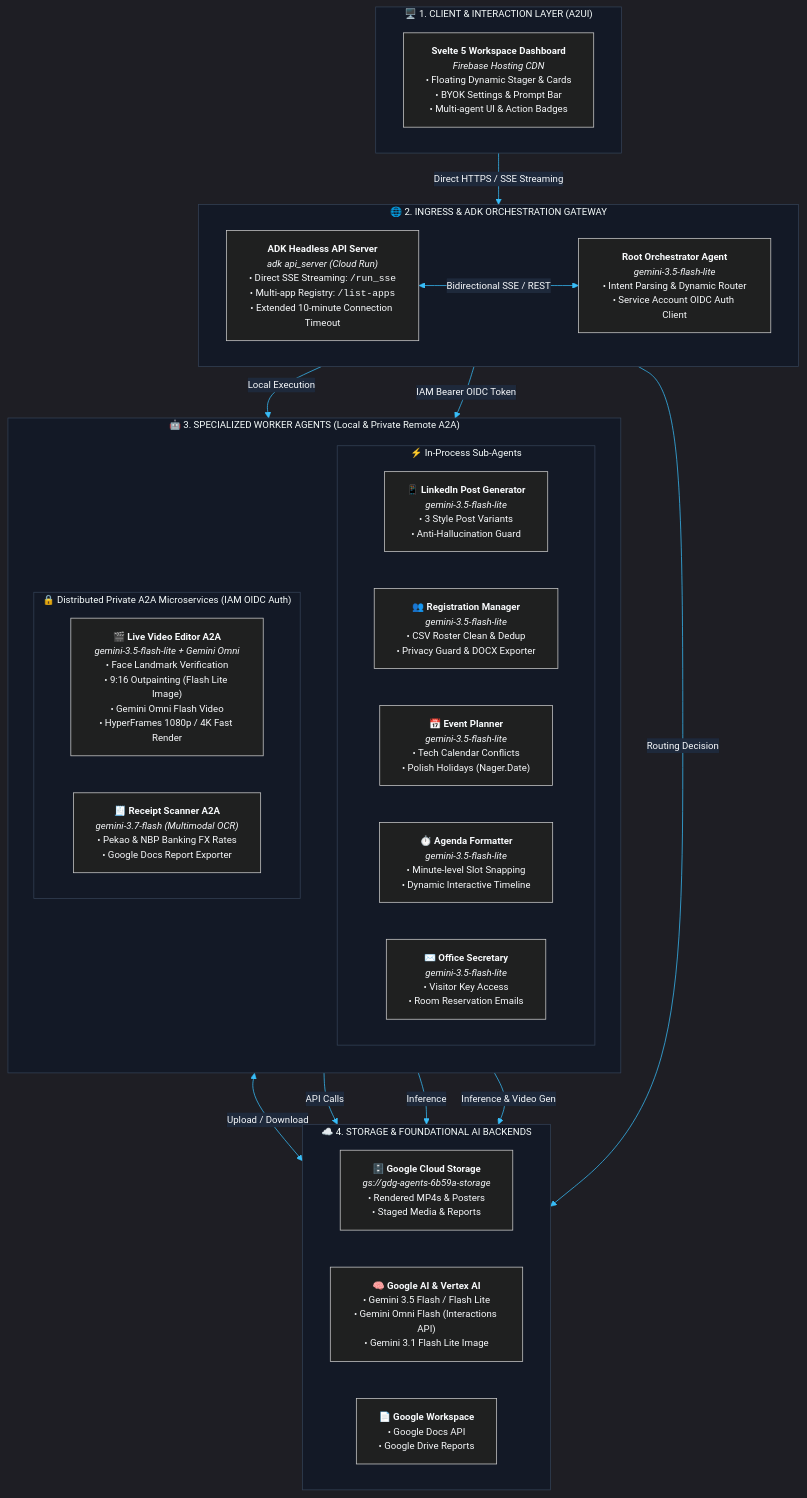
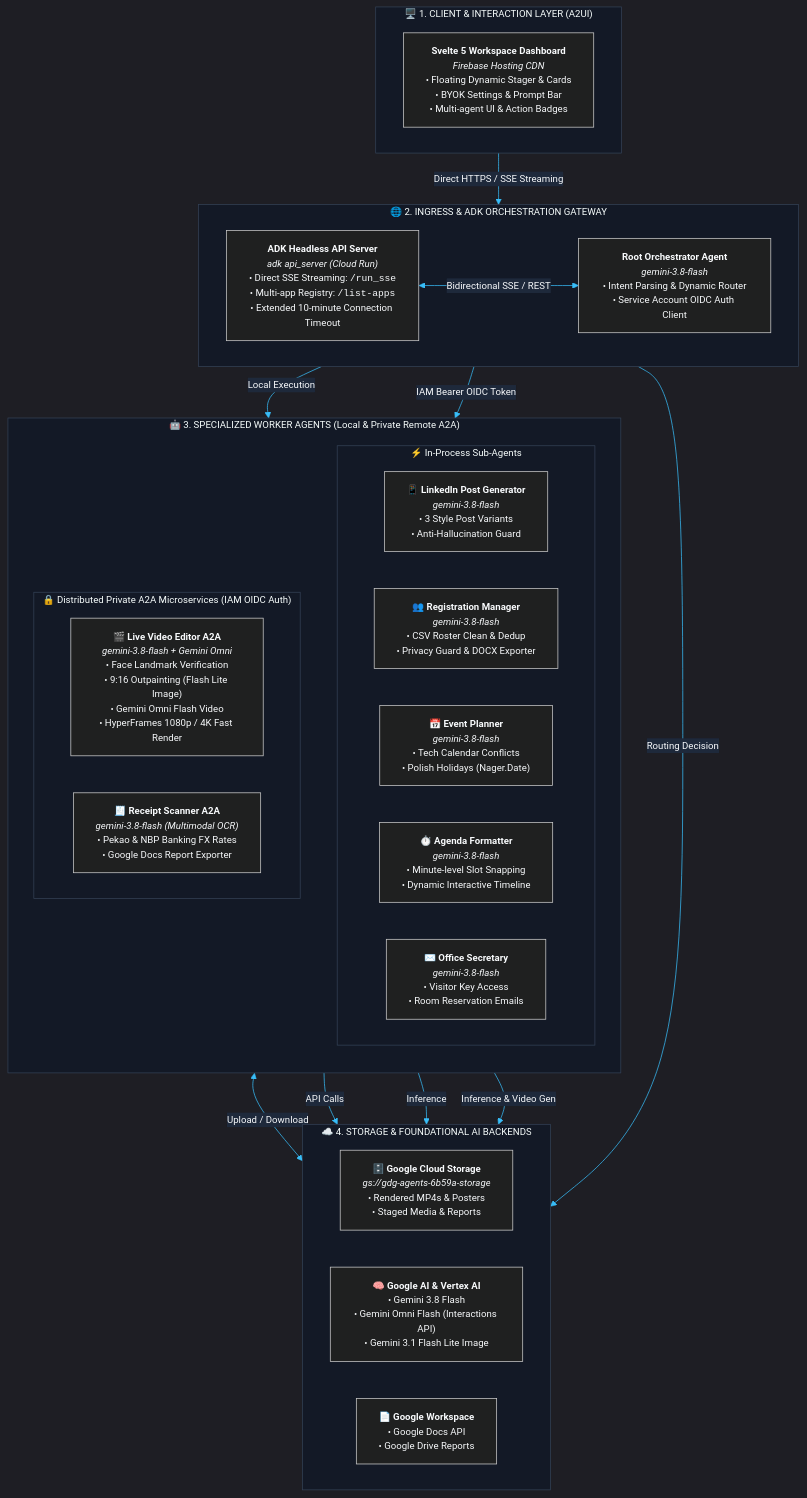
One commit to aplachykau-git/gdg_agents changed the diagram in docs/architecture.mmd. Above: the diagram before and after it, drawn with Mermaid. The commit also changed 35 other files, not shown here.

Commit message:
feat(agents): standardize on gemini-3.8-flash and expand video editor genre scouting

```diff
--- a/docs/architecture.mmd
+++ b/docs/architecture.mmd
@@ -1,67 +1,67 @@
 %%{init: {
   'theme': 'dark',
   'themeVariables': {
     'darkMode': true,
     'background': '#0f172a',
     'primaryColor': '#1e293b',
     'primaryTextColor': '#f8fafc',
     'primaryBorderColor': '#475569',
     'lineColor': '#38bdf8',
     'textColor': '#f8fafc',
     'fontSize': '13px',
     'fontFamily': 'Inter, system-ui, -apple-system, sans-serif',
     'clusterBkg': '#131926',
     'clusterBorder': '#334155',
     'edgeLabelBackground': '#1e293b',
     'tertiaryColor': '#1e293b',
     'tertiaryBorderColor': '#334155'
   }
 }}%%
 
 flowchart TB
     subgraph CLIENT_LAYER["🖥️ 1. CLIENT & INTERACTION LAYER (A2UI)"]
         direction LR
         UI["<b>Svelte 5 Workspace Dashboard</b><br/><i>Firebase Hosting CDN</i><br/>• Floating Dynamic Stager & Cards<br/>• BYOK Settings & Prompt Bar<br/>• Multi-agent UI & Action Badges"]
     end
 
     subgraph GATEWAY_LAYER["🌐 2. INGRESS & ADK ORCHESTRATION GATEWAY"]
         direction LR
         GW["<b>ADK Headless API Server</b><br/><i>adk api_server (Cloud Run)</i><br/>• Direct SSE Streaming: <code>/run_sse</code><br/>• Multi-app Registry: <code>/list-apps</code><br/>• Extended 10-minute Connection Timeout"]
-        ROOT["<b>Root Orchestrator Agent</b><br/><i>gemini-3.5-flash-lite</i><br/>• Intent Parsing & Dynamic Router<br/>• Service Account OIDC Auth Client"]
+        ROOT["<b>Root Orchestrator Agent</b><br/><i>gemini-3.8-flash</i><br/>• Intent Parsing & Dynamic Router<br/>• Service Account OIDC Auth Client"]
         GW <-->|Bidirectional SSE / REST| ROOT
     end
 
     subgraph AGENT_LAYER["🤖 3. SPECIALIZED WORKER AGENTS (Local & Private Remote A2A)"]
         direction TB
         
         subgraph LOCAL_AGENTS["⚡ In-Process Sub-Agents"]
             direction LR
-            A_LINKEDIN["📱 <b>LinkedIn Post Generator</b><br/><i>gemini-3.5-flash-lite</i><br/>• 3 Style Post Variants<br/>• Anti-Hallucination Guard"]
-            A_REG["👥 <b>Registration Manager</b><br/><i>gemini-3.5-flash-lite</i><br/>• CSV Roster Clean & Dedup<br/>• Privacy Guard & DOCX Exporter"]
-            A_PLANNER["📅 <b>Event Planner</b><br/><i>gemini-3.5-flash-lite</i><br/>• Tech Calendar Conflicts<br/>• Polish Holidays (Nager.Date)"]
-            A_AGENDA["⏱️ <b>Agenda Formatter</b><br/><i>gemini-3.5-flash-lite</i><br/>• Minute-level Slot Snapping<br/>• Dynamic Interactive Timeline"]
-            A_OFFICE["✉️ <b>Office Secretary</b><br/><i>gemini-3.5-flash-lite</i><br/>• Visitor Key Access<br/>• Room Reservation Emails"]
+            A_LINKEDIN["📱 <b>LinkedIn Post Generator</b><br/><i>gemini-3.8-flash</i><br/>• 3 Style Post Variants<br/>• Anti-Hallucination Guard"]
+            A_REG["👥 <b>Registration Manager</b><br/><i>gemini-3.8-flash</i><br/>• CSV Roster Clean & Dedup<br/>• Privacy Guard & DOCX Exporter"]
+            A_PLANNER["📅 <b>Event Planner</b><br/><i>gemini-3.8-flash</i><br/>• Tech Calendar Conflicts<br/>• Polish Holidays (Nager.Date)"]
+            A_AGENDA["⏱️ <b>Agenda Formatter</b><br/><i>gemini-3.8-flash</i><br/>• Minute-level Slot Snapping<br/>• Dynamic Interactive Timeline"]
+            A_OFFICE["✉️ <b>Office Secretary</b><br/><i>gemini-3.8-flash</i><br/>• Visitor Key Access<br/>• Room Reservation Emails"]
         end
 
         subgraph REMOTE_A2A["🔒 Distributed Private A2A Microservices (IAM OIDC Auth)"]
             direction LR
-            A_VIDEO["🎬 <b>Live Video Editor A2A</b><br/><i>gemini-3.5-flash-lite + Gemini Omni</i><br/>• Face Landmark Verification<br/>• 9:16 Outpainting (Flash Lite Image)<br/>• Gemini Omni Flash Video<br/>• HyperFrames 1080p / 4K Fast Render"]
-            A_RECEIPT["🧾 <b>Receipt Scanner A2A</b><br/><i>gemini-3.7-flash (Multimodal OCR)</i><br/>• Pekao & NBP Banking FX Rates<br/>• Google Docs Report Exporter"]
+            A_VIDEO["🎬 <b>Live Video Editor A2A</b><br/><i>gemini-3.8-flash + Gemini Omni</i><br/>• Face Landmark Verification<br/>• 9:16 Outpainting (Flash Lite Image)<br/>• Gemini Omni Flash Video<br/>• HyperFrames 1080p / 4K Fast Render"]
+            A_RECEIPT["🧾 <b>Receipt Scanner A2A</b><br/><i>gemini-3.8-flash (Multimodal OCR)</i><br/>• Pekao & NBP Banking FX Rates<br/>• Google Docs Report Exporter"]
         end
     end
 
     subgraph INFRA_LAYER["☁️ 4. STORAGE & FOUNDATIONAL AI BACKENDS"]
         direction LR
         GCS["🗄️ <b>Google Cloud Storage</b><br/><i>gs://gdg-agents-6b59a-storage</i><br/>• Rendered MP4s & Posters<br/>• Staged Media & Reports"]
-        AI_BACKEND["🧠 <b>Google AI & Vertex AI</b><br/>• Gemini 3.5 Flash / Flash Lite<br/>• Gemini Omni Flash (Interactions API)<br/>• Gemini 3.1 Flash Lite Image"]
+        AI_BACKEND["🧠 <b>Google AI & Vertex AI</b><br/>• Gemini 3.8 Flash<br/>• Gemini Omni Flash (Interactions API)<br/>• Gemini 3.1 Flash Lite Image"]
         WORKSPACE["📄 <b>Google Workspace</b><br/>• Google Docs API<br/>• Google Drive Reports"]
     end
 
     UI -->|Direct HTTPS / SSE Streaming| GW
     ROOT -->|Local Execution| LOCAL_AGENTS
     ROOT -->|IAM Bearer OIDC Token| REMOTE_A2A
     REMOTE_A2A <-->|Upload / Download| GCS
     LOCAL_AGENTS -->|API Calls| WORKSPACE
     LOCAL_AGENTS -->|Inference| AI_BACKEND
     REMOTE_A2A -->|Inference & Video Gen| AI_BACKEND
     ROOT -->|Routing Decision| AI_BACKEND
```
